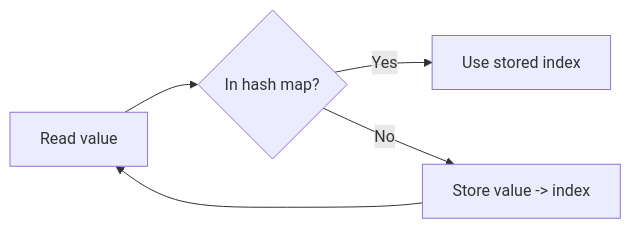
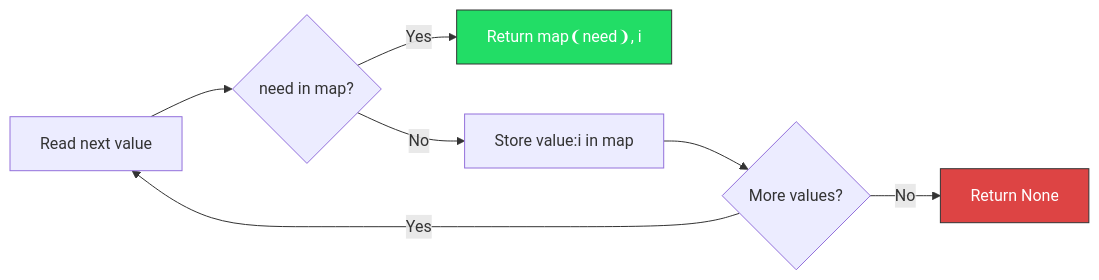
One commit to barathkumarg/Python-Learning changed the second of 2 diagrams in src/dsa/week_01_big_o_arrays_hashing/CODE.md. Above: the diagram before and after it, drawn with Mermaid. The commit also changed other lines of this file and 24 other files, not shown here.

````diff
--- a/src/dsa/week_01_big_o_arrays_hashing/CODE.md
+++ b/src/dsa/week_01_big_o_arrays_hashing/CODE.md
@@ -187,7 +225,12 @@
 ```mermaid
-graph LR
-A[Read value] --> B{In hash map?}
-B -- Yes --> C[Use stored index]
-B -- No --> D[Store value -> index]
-D --> A
+flowchart LR
+    A[Read next value] --> B{need in map?}
+    B -- Yes --> C["Return map❨need❩, i"]
+    B -- No  --> D["Store value:i in map"]
+    D --> E{More values?}
+    E -- Yes --> A
+    E -- No  --> F[Return None]
+
+    style C fill:#2d6,stroke:#333,color:#fff
+    style F fill:#d44,stroke:#333,color:#fff
 ```
````
